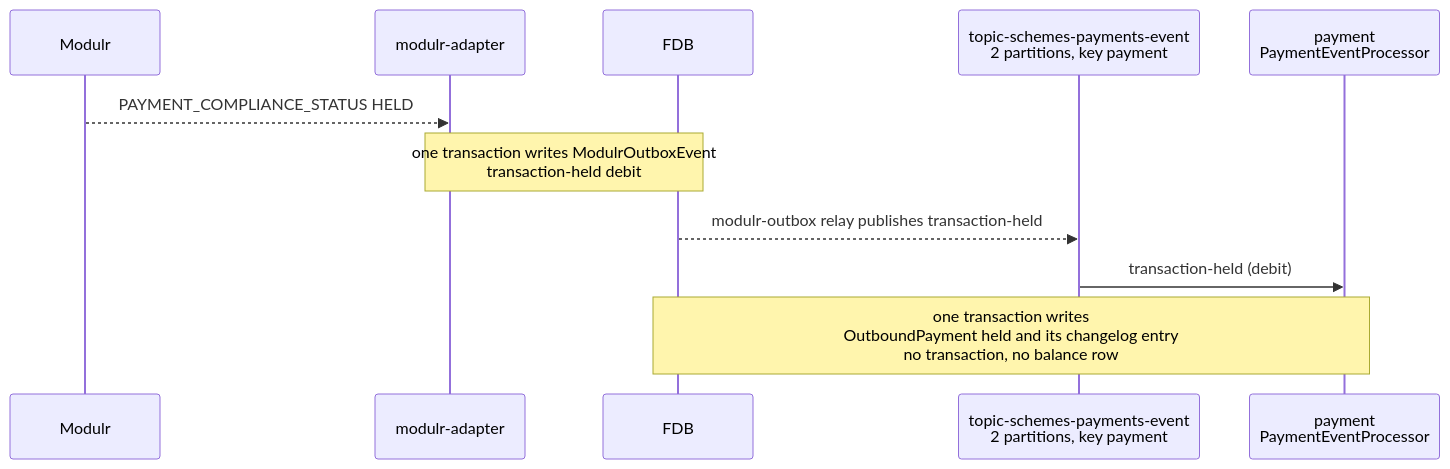
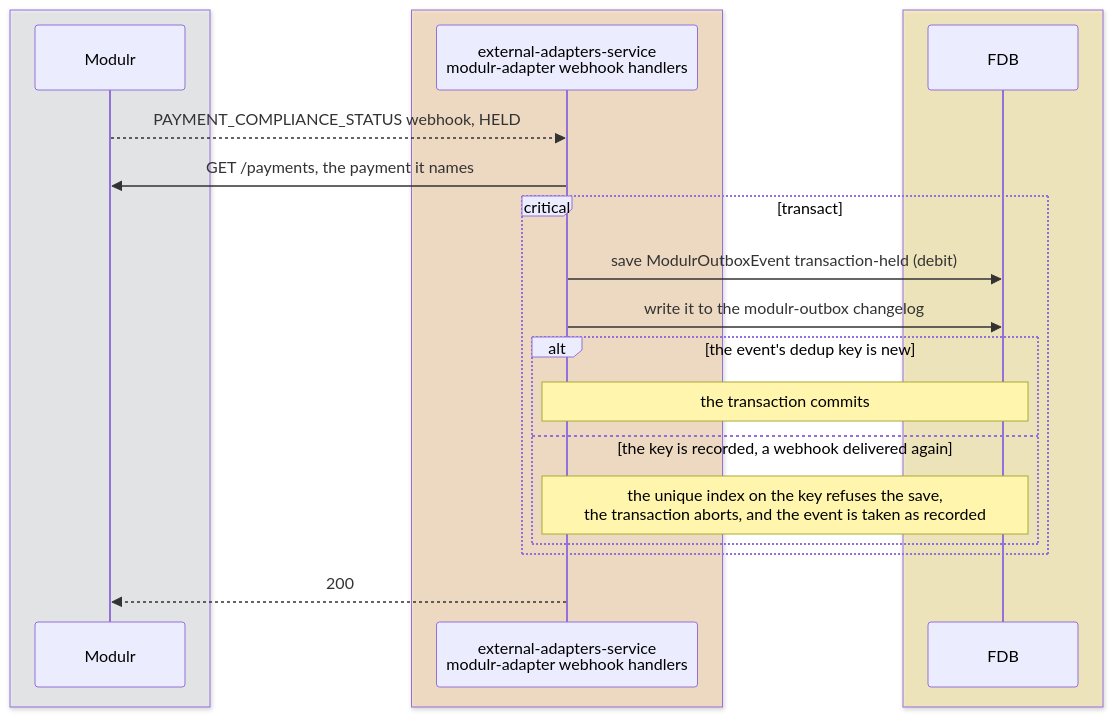
One commit to repldriven/queenswood changed diagram 12 of 15 in docs/tdd/payments-outbound.md. Above: the diagram before and after it, drawn with Mermaid. The commit also changed other lines of this file and 3 other files, not shown here.

````diff
--- a/docs/tdd/payments-outbound.md
+++ b/docs/tdd/payments-outbound.md
@@ -196,13 +661,24 @@
 ```mermaid
 sequenceDiagram
+    box rgba(233, 236, 239, 0.5)
     participant PR as Modulr
-    participant AD as modulr-adapter
+    end
+    box rgba(255, 216, 168, 0.5)
+    participant WH as external-adapters-service<br/>modulr-adapter webhook handlers
+    end
+    box rgba(255, 236, 153, 0.5)
     participant DB as FDB
-    participant SE as topic-schemes-payments-event<br/>2 partitions, key payment
-    participant PE as payment<br/>PaymentEventProcessor
-    PR-->>AD: PAYMENT_COMPLIANCE_STATUS HELD
-    Note over AD,DB: one transaction writes ModulrOutboxEvent<br/>transaction-held debit
-    DB-->>SE: modulr-outbox relay publishes transaction-held
-    SE->>PE: transaction-held (debit)
-    Note over PE,DB: one transaction writes<br/>OutboundPayment held and its changelog entry<br/>no transaction, no balance row
+    end
+    PR-->>WH: PAYMENT_COMPLIANCE_STATUS webhook, HELD
+    WH->>PR: GET /payments, the payment it names
+    critical transact
+    WH->>DB: save ModulrOutboxEvent transaction-held (debit)
+    WH->>DB: write it to the modulr-outbox changelog
+    alt the event's dedup key is new
+    Note over WH,DB: the transaction commits
+    else the key is recorded, a webhook delivered again
+    Note over WH,DB: the unique index on the key refuses the save,<br/>the transaction aborts, and the event is taken as recorded
+    end
+    end
+    WH-->>PR: 200
 ```
````
